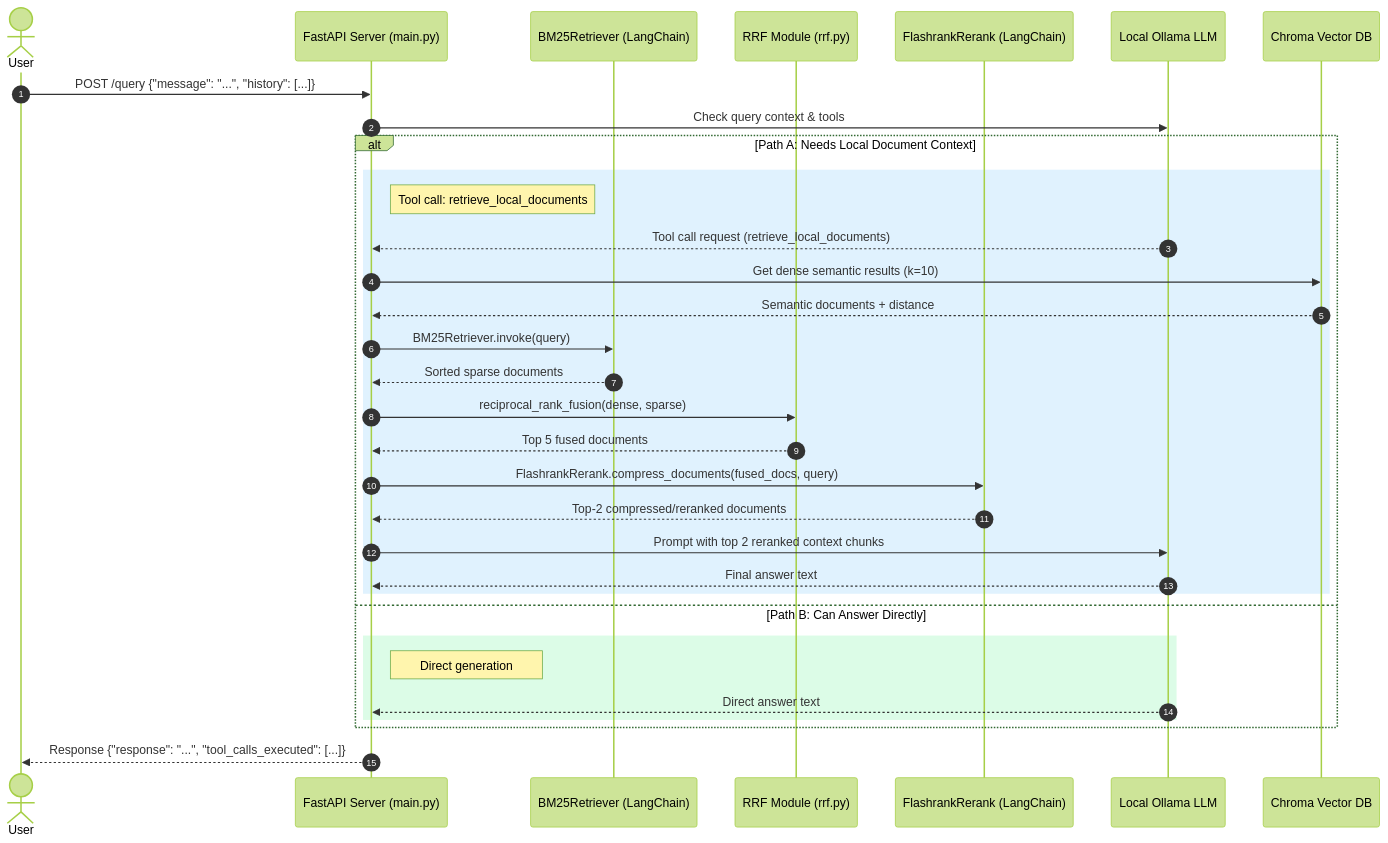
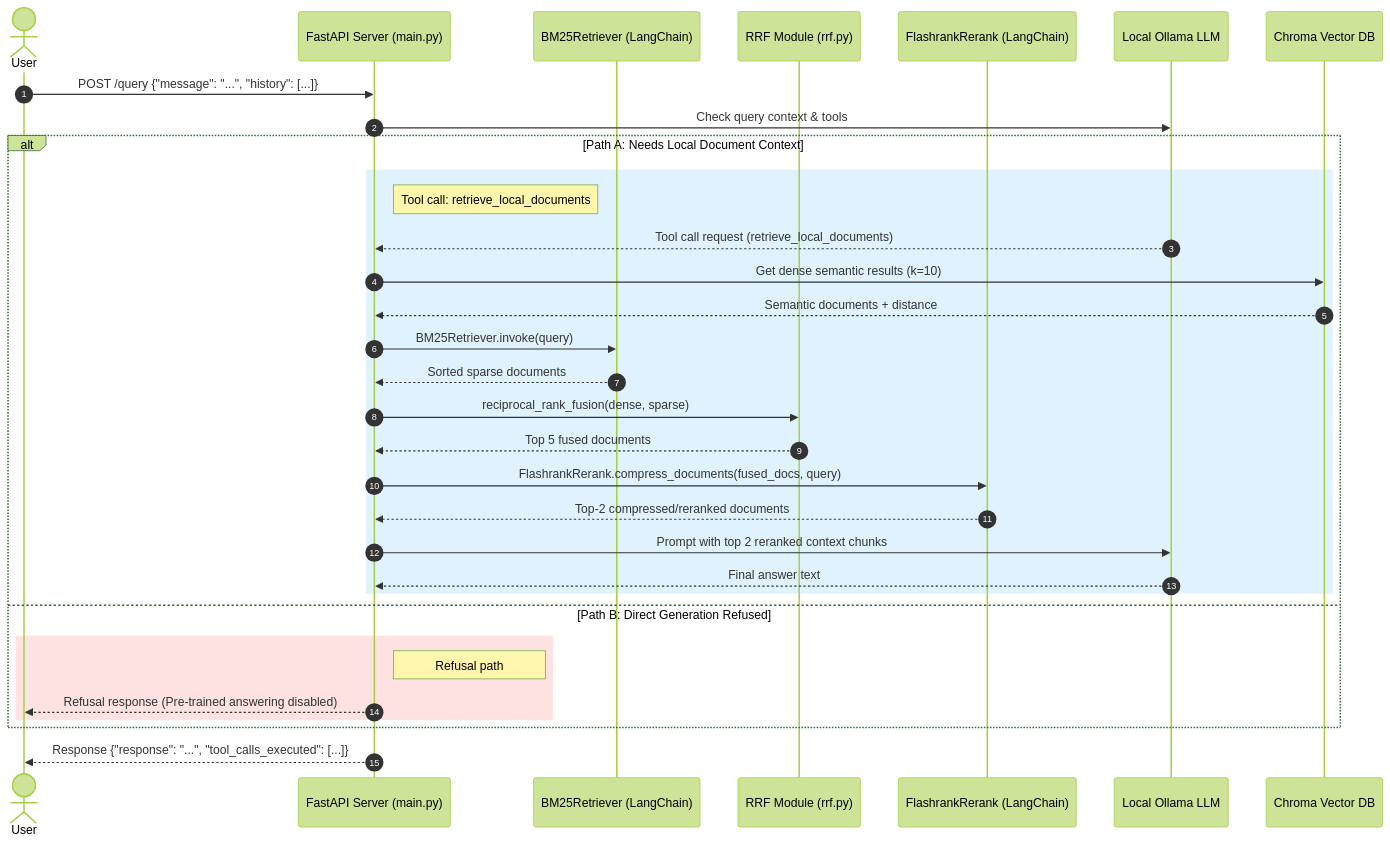
Before and after one commit to boycececil666gmailcom/fintech-rag-chatbot: the third of 3 diagrams in README.md, drawn with Mermaid (forest theme). The commit also changed other lines of this file and 12 other files, not shown here.

````diff
--- a/README.md
+++ b/README.md
@@ -67,43 +65,43 @@
 ```mermaid
 sequenceDiagram
     autonumber
     actor User
     participant App as FastAPI Server (main.py)
     participant BM25 as BM25Retriever (LangChain)
     participant RRF as RRF Module (rrf.py)
     participant Reranker as FlashrankRerank (LangChain)
     participant Ollama as Local Ollama LLM
     participant VectorStore as Chroma Vector DB
 
     User->>App: POST /query {"message": "...", "history": [...]}
     App->>Ollama: Check query context & tools
     
     alt Path A: Needs Local Document Context
         rect rgb(224, 242, 254)
             note right of App: Tool call: retrieve_local_documents
             Ollama-->>App: Tool call request (retrieve_local_documents)
             
             App->>VectorStore: Get dense semantic results (k=10)
             VectorStore-->>App: Semantic documents + distance
             
             App->>BM25: BM25Retriever.invoke(query)
             BM25-->>App: Sorted sparse documents
             
             App->>RRF: reciprocal_rank_fusion(dense, sparse)
             RRF-->>App: Top 5 fused documents
             
             App->>Reranker: FlashrankRerank.compress_documents(fused_docs, query)
             Reranker-->>App: Top-2 compressed/reranked documents
             
             App->>Ollama: Prompt with top 2 reranked context chunks
             Ollama-->>App: Final answer text
         end
-    else Path B: Can Answer Directly
-        rect rgb(220, 252, 231)
-            note right of App: Direct generation
-            Ollama-->>App: Direct answer text
+    else Path B: Direct Generation Refused
+        rect rgb(254, 226, 226)
+            note right of App: Refusal path
+            App-->>User: Refusal response (Pre-trained answering disabled)
         end
     end
     
     App-->>User: Response {"response": "...", "tool_calls_executed": [...]}
 ```
````
